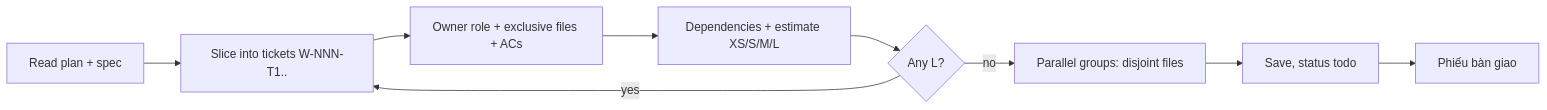
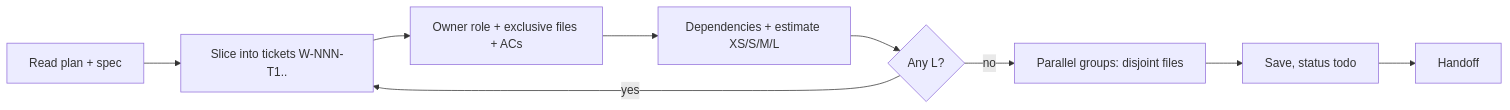
Before and after one commit to Tuan-Quyen/technical-teams: the diagram in agents/pm.md, drawn with Mermaid. The commit also changed 37 other files, not shown here.

````diff
--- a/agents/pm.md
+++ b/agents/pm.md
@@ -22,10 +22,10 @@
 ```mermaid
 flowchart LR
   A[Read plan + spec] --> B[Slice into tickets W-NNN-T1..]
   B --> C[Owner role + exclusive files + ACs]
   C --> D[Dependencies + estimate XS/S/M/L]
   D --> E{Any L?}
   E -- yes --> B
   E -- no --> F[Parallel groups: disjoint files]
-  F --> G[Save, status todo] --> H[Phiếu bàn giao]
+  F --> G[Save, status todo] --> H[Handoff]
 ```
````
